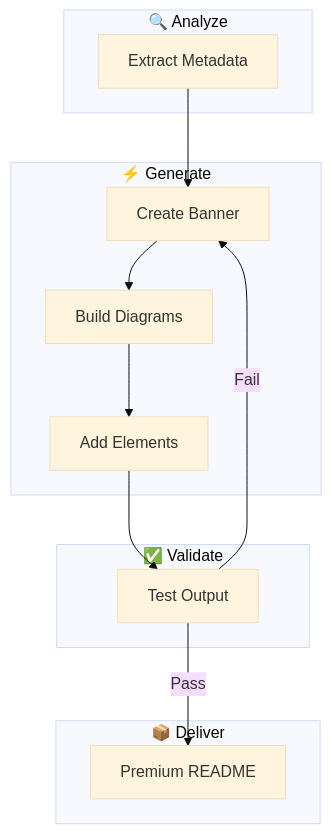
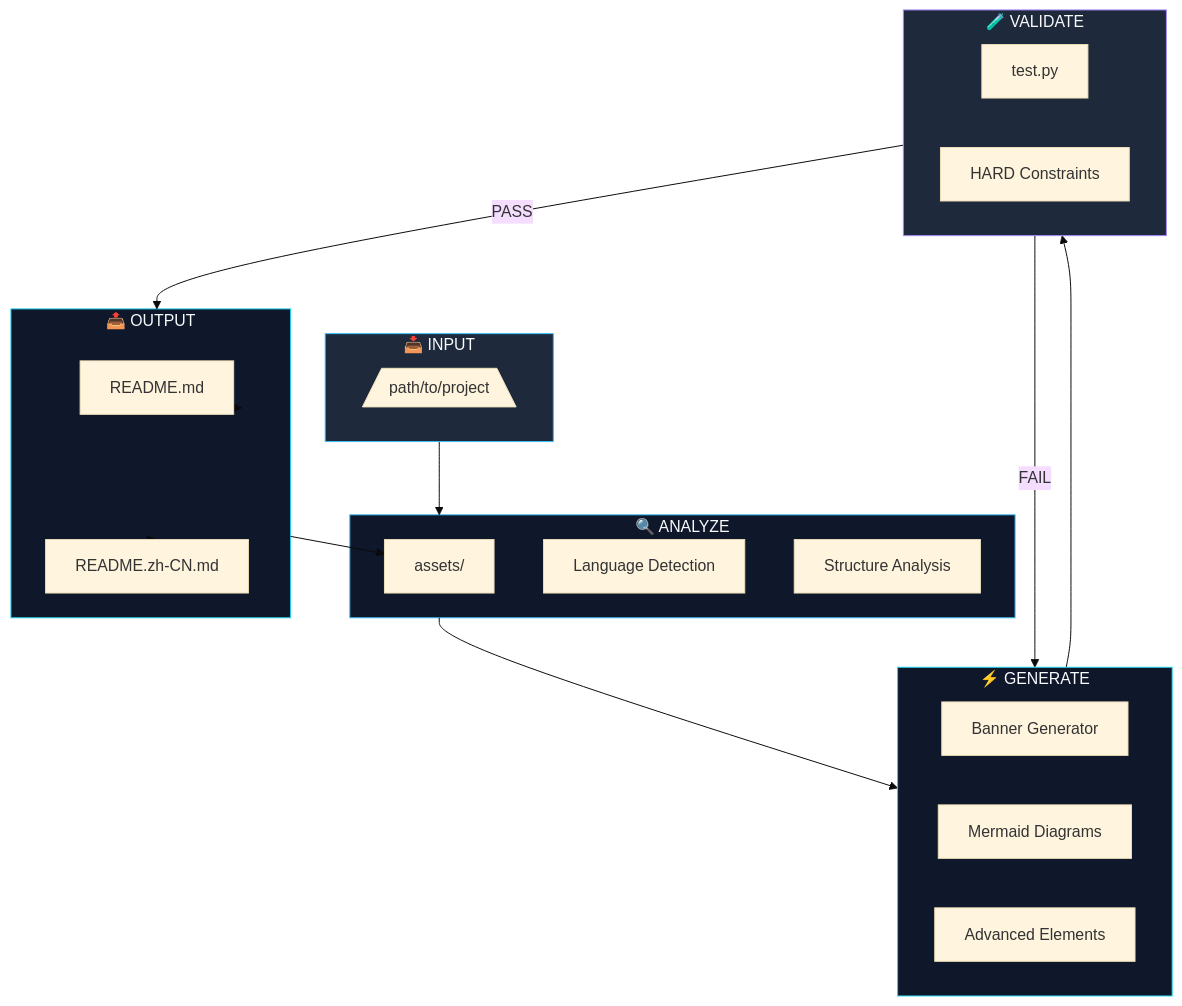
The first of 2 diagrams in README.md (AlanSong2077/github-readme-crafter-Skill), drawn with Mermaid (base theme) before and after one commit. The commit also changed other lines of this file and 3 other files, not shown here.

First line of the commit message:
Premium README overhaul - cutting-edge visual elements

````diff
--- a/README.md
+++ b/README.md
@@ -59,30 +96,49 @@
 ```mermaid
 flowchart TB
-    classDef service fill:#e0e7ff,stroke:#4338ca,stroke-width:2px
-    classDef output fill:#d1fae5,stroke:#059669,stroke-width:2px
-    
-    subgraph Analyze["🔍 Analyze"]
-        A[Extract Metadata]
+    classDef process fill:#0f172a,stroke:#38bdf8,stroke-width:2px,color:#f8fafc
+    classDef output fill:#1e293b,stroke:#22d3ee,stroke-width:2px,color:#f8fafc
+    classDef quality fill:#1e293b,stroke:#a78bfa,stroke-width:2px,color:#f8fafc
+
+    subgraph IN[📥 INPUT]
+        direction LR
+        P[/path/to/project\]
     end
-    
-    subgraph Generate["⚡ Generate"]
-        B[Create Banner]
-        C[Build Diagrams]
-        D[Add Elements]
+
+    subgraph ANALYZE[🔍 ANALYZE]
+        A[Metadata Extraction]
+        L[Language Detection]
+        S[Structure Analysis]
     end
-    
-    subgraph Validate["✅ Validate"]
-        E[Test Output]
+
+    subgraph GENERATE[⚡ GENERATE]
+        B[Banner Generator]
+        D[Mermaid Diagrams]
+        E[Advanced Elements]
     end
-    
-    subgraph Deliver["📦 Deliver"]
-        F[Premium README]
+
+    subgraph VALIDATE[🧪 VALIDATE]
+        V[test.py]
+        H[HARD Constraints]
     end
-    
-    A --> B
-    B --> C
-    C --> D
-    D --> E
-    E -->|Pass| F
-    E -->|Fail| B
+
+    subgraph OUT[📤 OUTPUT]
+        R[README.md]
+        C[README.zh-CN.md]
+        A[assets/]
+    end
+
+    P --> ANALYZE
+    ANALYZE --> GENERATE
+    GENERATE --> VALIDATE
+    VALIDATE -->|PASS| OUT
+    VALIDATE -->|FAIL| GENERATE
+    OUT --> R
+    OUT --> C
+    OUT --> A
+
+    style IN fill:#1e293b,stroke:#38bdf8,color:#f8fafc
+    style ANALYZE fill:#0f172a,stroke:#38bdf8,color:#f8fafc
+    style GENERATE fill:#0f172a,stroke:#22d3ee,color:#f8fafc
+    style VALIDATE fill:#1e293b,stroke:#a78bfa,color:#f8fafc
+    style OUT fill:#0f172a,stroke:#22d3ee,color:#f8fafc
 ```
````
